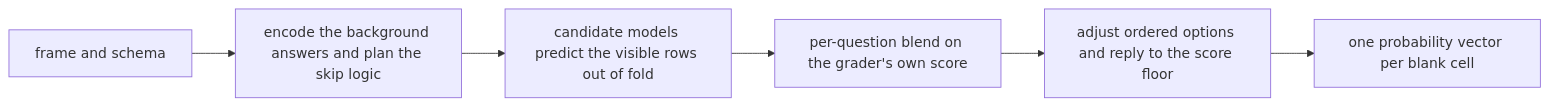
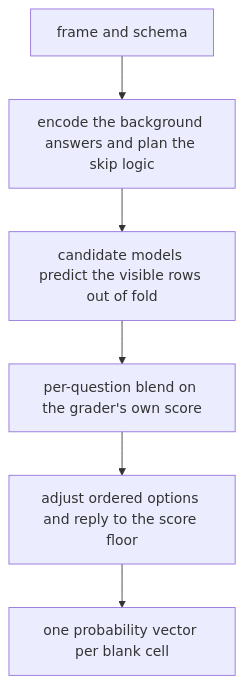
Before and after one commit to talhaabidj/simulacrabench-ludilume: the diagram in README.md, drawn with Mermaid.

Commit message:
Draw the method diagram top to bottom
As one row, its six boxes were scaled down until the labels could not be read.

````diff
--- a/README.md
+++ b/README.md
@@ -114,8 +114,8 @@
 ```mermaid
-flowchart LR
+flowchart TD
     A[frame and schema] --> B[encode the background answers and plan the skip logic]
     B --> C[candidate models predict the visible rows out of fold]
     C --> D[per-question blend on the grader's own score]
     D --> E[adjust ordered options and reply to the score floor]
     E --> F[one probability vector per blank cell]
 ```
````
